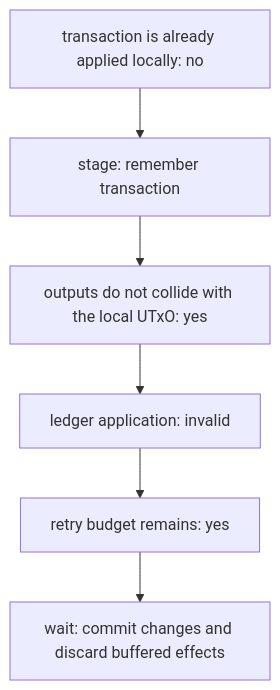
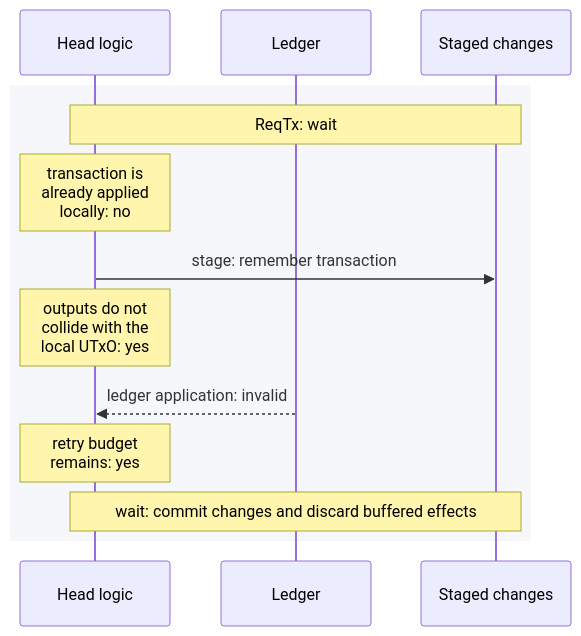
One commit to cardano-scaling/hydra changed the third of 6 diagrams in docs/docs/dev/architecture/head-logic-traces/README.md. Above: the diagram before and after it, drawn with Mermaid. The commit also changed other lines of this file and 25 other files, not shown here.

Commit message:
re-org diagrams

````diff
--- a/docs/docs/dev/architecture/head-logic-traces/README.md
+++ b/docs/docs/dev/architecture/head-logic-traces/README.md
@@ -70,14 +69,16 @@
 ```mermaid
-flowchart TD
-  n0["transaction is already applied locally: no"]
-  n1["stage: remember transaction"]
-  n2["outputs do not collide with the local UTxO: yes"]
-  n3["ledger application: invalid"]
-  n4["retry budget remains: yes"]
-  n5["wait: commit changes and discard buffered effects"]
-  n0 --> n1
-  n1 --> n2
-  n2 --> n3
-  n3 --> n4
-  n4 --> n5
+%%{init: {"sequence": {"wrap": true}}}%%
+sequenceDiagram
+  participant logic as Head logic
+  participant ledger as Ledger
+  participant changes as Staged changes
+  rect rgb(245, 247, 250)
+    Note over logic,changes: ReqTx: wait
+    Note over logic: transaction is already applied locally: no
+    logic->>changes: stage: remember transaction
+    Note over logic: outputs do not collide with the local UTxO: yes
+    ledger-->>logic: ledger application: invalid
+    Note over logic: retry budget remains: yes
+    Note over logic,changes: wait: commit changes and discard buffered effects
+  end
 ```
````
